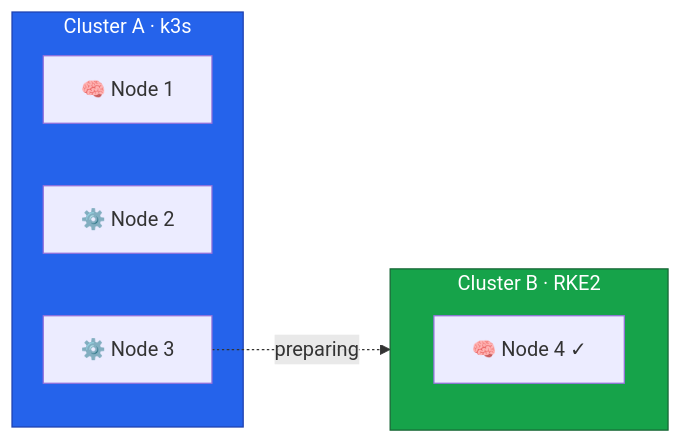
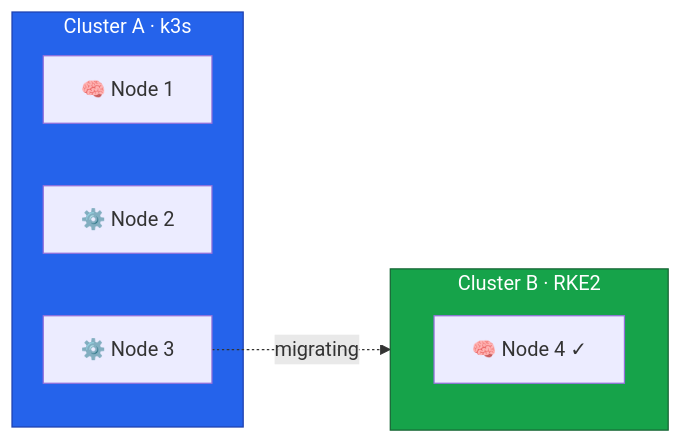
Before and after one commit to philprime/philprime.dev: the first of 3 diagrams in guides/migrating-k3s-to-rke2-without-downtime/lesson-11.md, drawn with Mermaid. The commit also changed other lines of this file and 6 other files, not shown here.

````diff
--- a/guides/migrating-k3s-to-rke2-without-downtime/lesson-11.md
+++ b/guides/migrating-k3s-to-rke2-without-downtime/lesson-11.md
@@ -22,20 +24,20 @@
 ```mermaid!
 flowchart LR
   subgraph A["Cluster A · k3s"]
     A1["🧠 Node 1"]
     A2["⚙️ Node 2"]
     A3["⚙️ Node 3"]
   end
 
   subgraph B["Cluster B · RKE2"]
     B4["🧠 Node 4 ✓"]
   end
 
-  A3 -.->|"preparing"| B
+  A3 -.->|"migrating"| B
 
   classDef clusterA fill:#2563eb,color:#fff,stroke:#1e40af
   classDef clusterB fill:#16a34a,color:#fff,stroke:#166534
 
   class A clusterA
   class B clusterB
 ```
````
